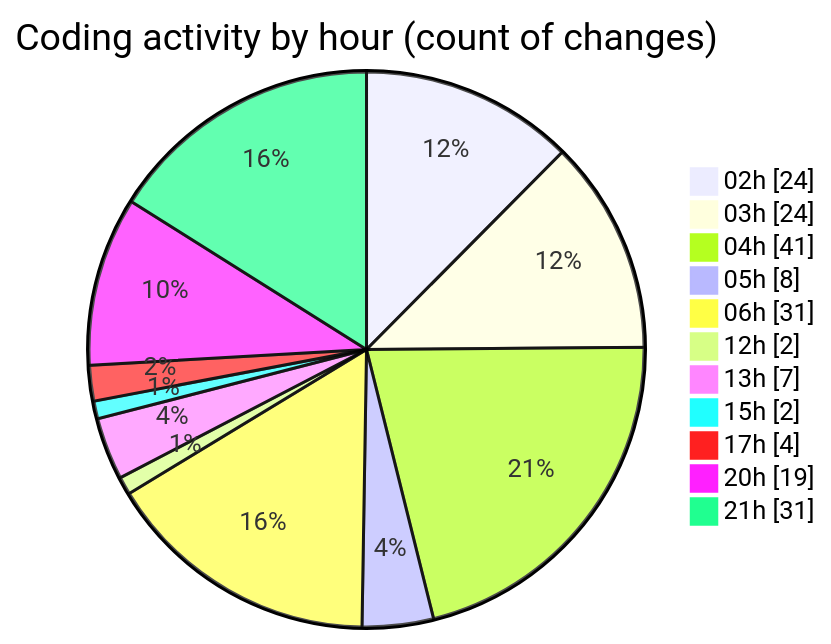
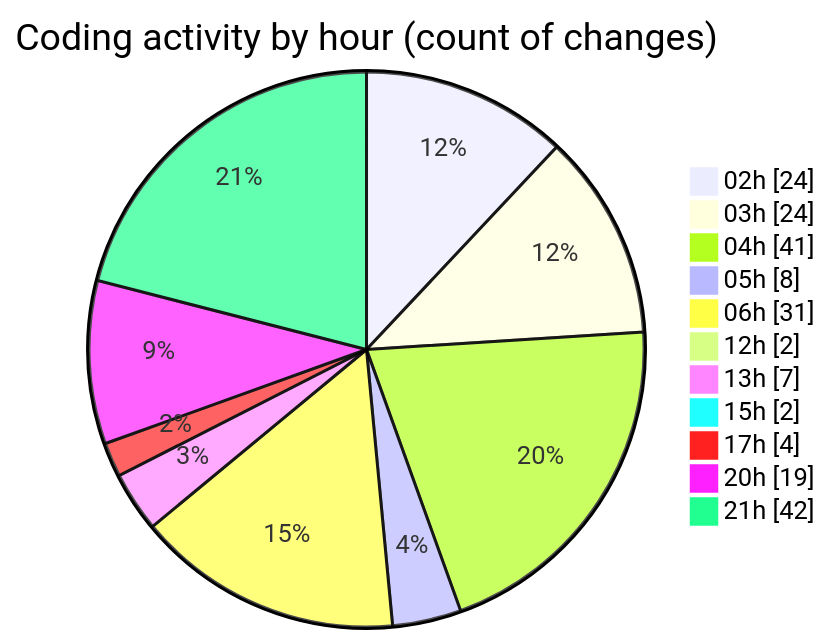
One commit to lephambinh05/code-tracking changed the second of 2 diagrams in 2025-07-23/quanlyrapchieuphim/README.md. Above: the diagram before and after it, drawn with Mermaid. The commit also changed other lines of this file and 1 other file, not shown here.

````diff
--- a/2025-07-23/quanlyrapchieuphim/README.md
+++ b/2025-07-23/quanlyrapchieuphim/README.md
@@ -44,15 +44,15 @@
 ```mermaid
 pie showData
 title Coding activity by hour (count of changes)
 "02h" : 24
 "03h" : 24
 "04h" : 41
 "05h" : 8
 "06h" : 31
 "12h" : 2
 "13h" : 7
 "15h" : 2
 "17h" : 4
 "20h" : 19
-"21h" : 31
+"21h" : 42
 ```
````
